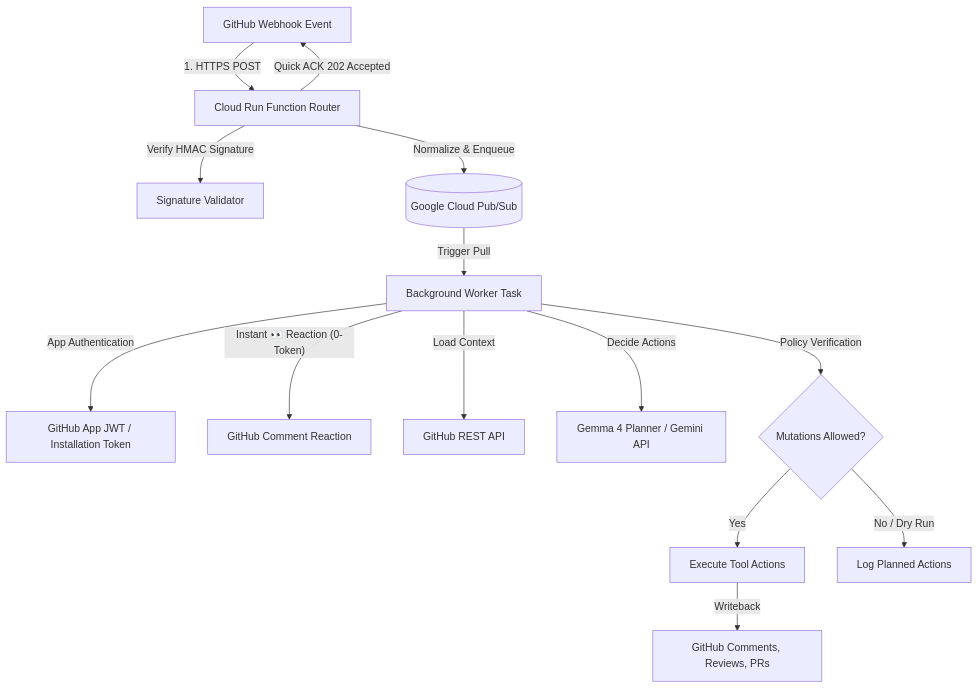
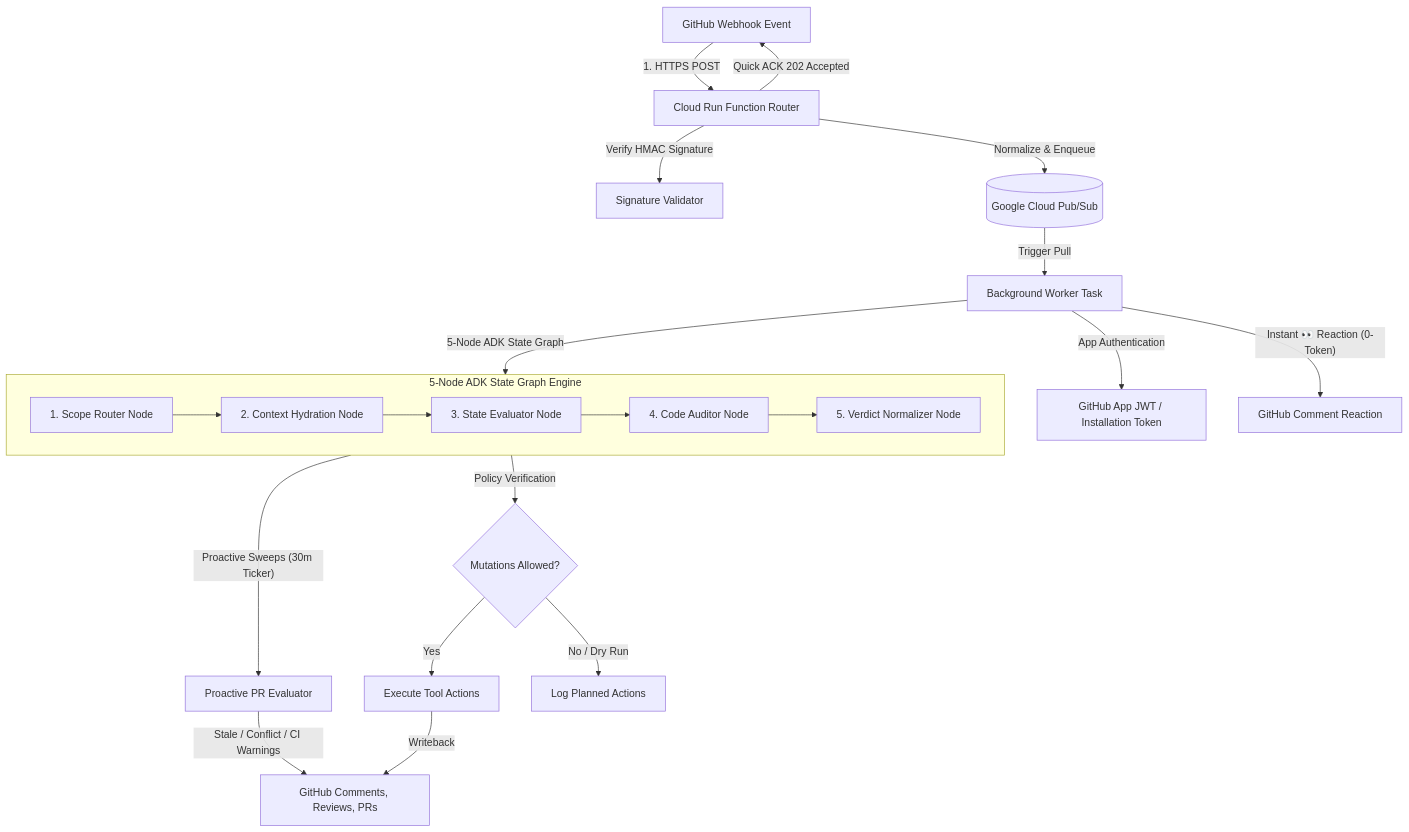
The diagram in README.md (cgj8702-org/hannibal-hub-agents), drawn with Mermaid before and after one commit. The commit also changed other lines of this file and 1 other file, not shown here.

Commit message:
docs(readme): update system architecture diagram, directory map, and feature matrix (#116)

````diff
--- a/README.md
+++ b/README.md
@@ -11,18 +11,28 @@
 ```mermaid
 flowchart TD
     GH["GitHub Webhook Event"] -->|"1. HTTPS POST"| Router["Cloud Run Function Router"]
     Router -->|"Verify HMAC Signature"| Auth["Signature Validator"]
     Router -->|"Quick ACK 202 Accepted"| GH
     Router -->|"Normalize & Enqueue"| Queue[("Google Cloud Pub/Sub")]
     
     Queue -->|"Trigger Pull"| Worker["Background Worker Task"]
     Worker -->|"App Authentication"| Creds["GitHub App JWT / Installation Token"]
     Worker -->|"Instant 👀 Reaction (0-Token)"| GH_React["GitHub Comment Reaction"]
-    Worker -->|"Load Context"| GH_API["GitHub REST API"]
-    Worker -->|"Decide Actions"| Gemma["Gemma 4 Planner / Gemini API"]
-    Worker -->|"Policy Verification"| Policy{"Mutations Allowed?"}
+    Worker -->|"5-Node ADK State Graph"| StateGraph["ADK State Graph Engine"]
+    
+    subgraph StateGraph ["5-Node ADK State Graph Engine"]
+        Node1["1. Scope Router Node"] --> Node2["2. Context Hydration Node"]
+        Node2 --> Node3["3. State Evaluator Node"]
+        Node3 --> Node4["4. Code Auditor Node"]
+        Node4 --> Node5["5. Verdict Normalizer Node"]
+    end
+
+    StateGraph -->|"Proactive Sweeps (30m Ticker)"| Proactive["Proactive PR Evaluator"]
+    Proactive -->|"Stale / Conflict / CI Warnings"| GH_Write
+    
+    StateGraph -->|"Policy Verification"| Policy{"Mutations Allowed?"}
     Policy -->|"Yes"| Exec["Execute Tool Actions"]
     Policy -->|"No / Dry Run"| Log["Log Planned Actions"]
     
     Exec -->|"Writeback"| GH_Write["GitHub Comments, Reviews, PRs"]
 ```
````
